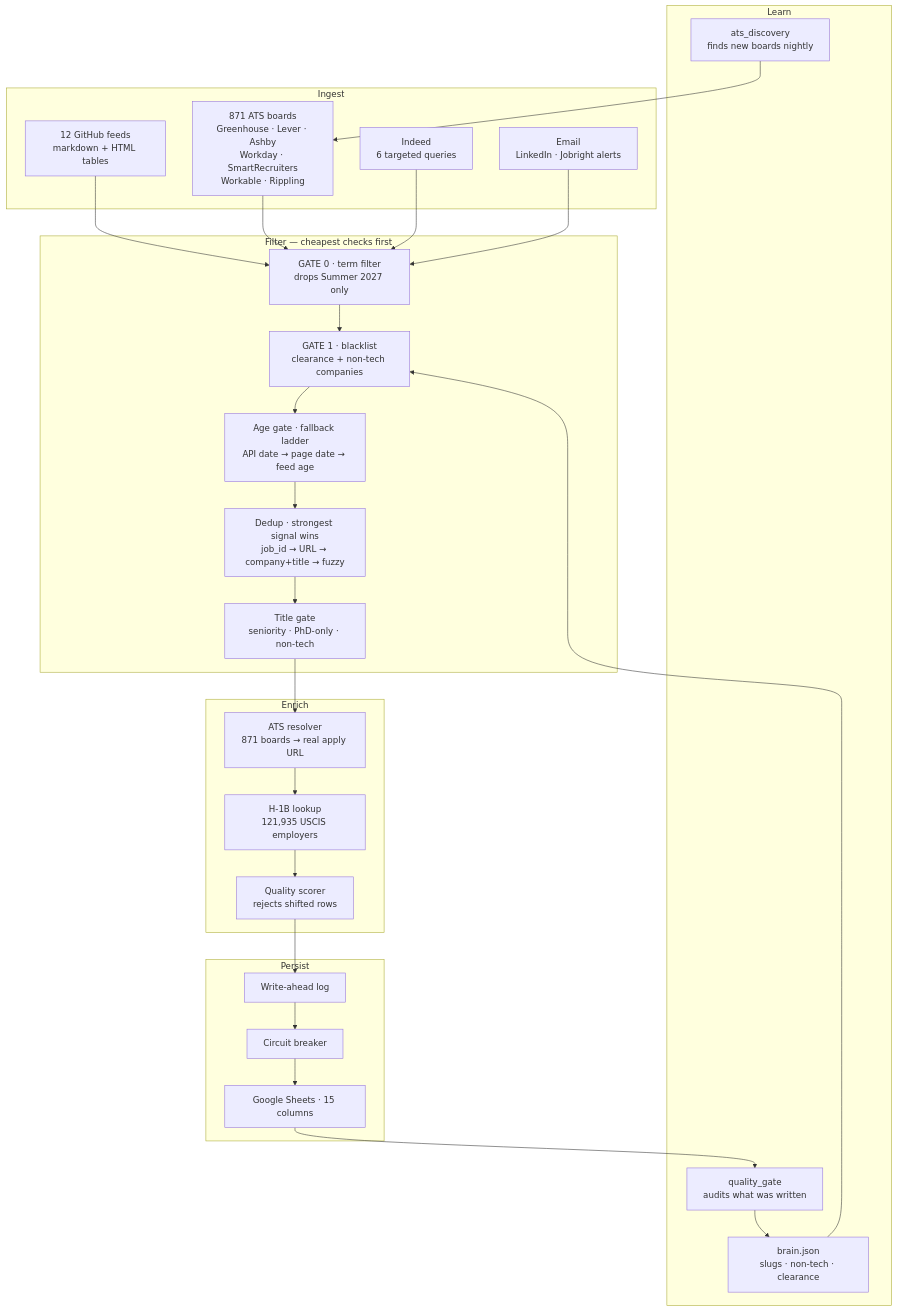
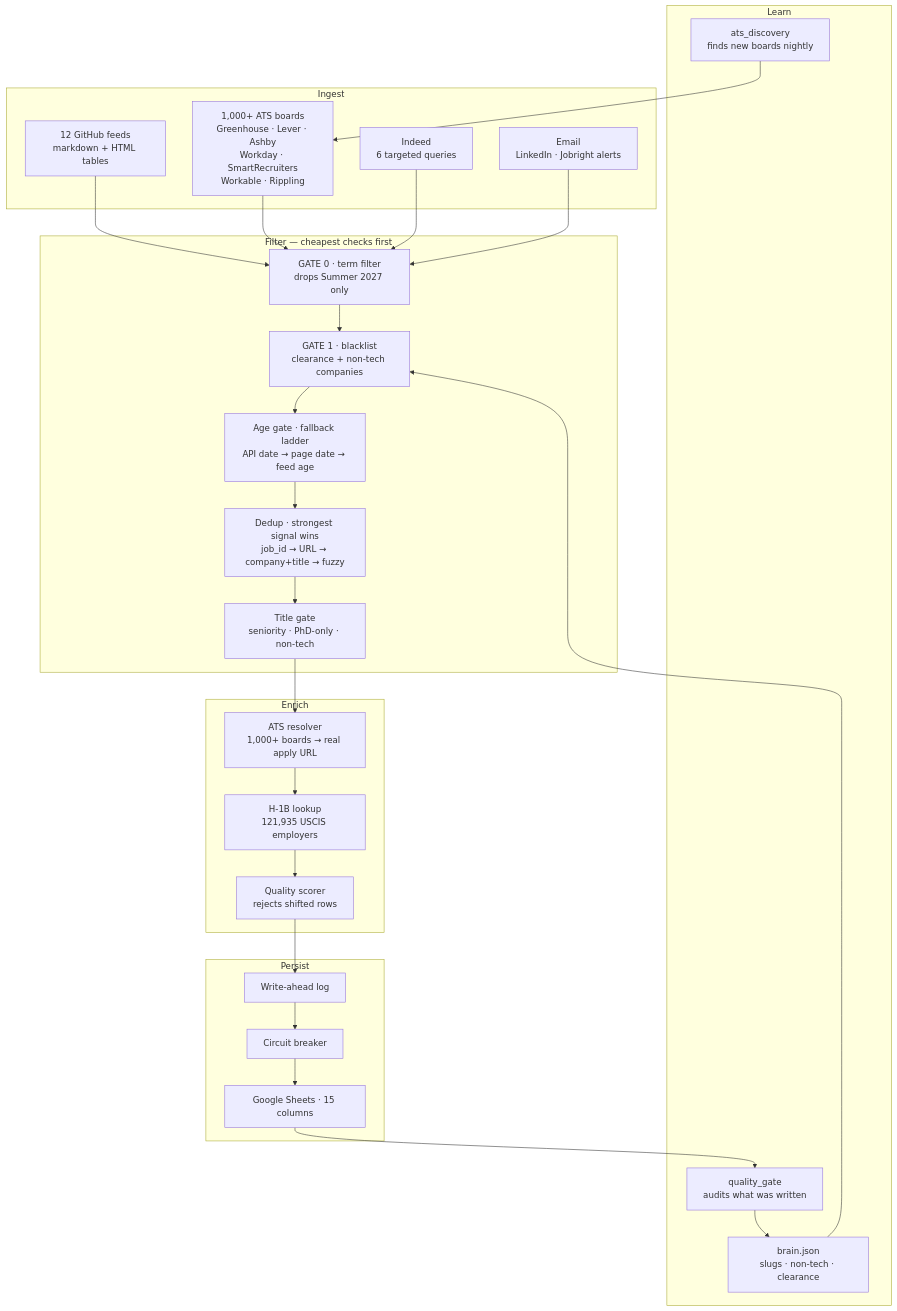
Before and after one commit to prasad0411/job-market-intelligence: the first of 2 diagrams in README.md, drawn with Mermaid. The commit also changed other lines of this file and 1 other file, not shown here.

````diff
--- a/README.md
+++ b/README.md
@@ -42,40 +42,40 @@
 ```mermaid
 flowchart TD
     subgraph INGEST["Ingest"]
         A1["12 GitHub feeds<br/>markdown + HTML tables"]
-        A2["871 ATS boards<br/>Greenhouse · Lever · Ashby<br/>Workday · SmartRecruiters<br/>Workable · Rippling"]
+        A2["1,000+ ATS boards<br/>Greenhouse · Lever · Ashby<br/>Workday · SmartRecruiters<br/>Workable · Rippling"]
         A3["Indeed<br/>6 targeted queries"]
         A4["Email<br/>LinkedIn · Jobright alerts"]
     end
 
     subgraph GATE["Filter — cheapest checks first"]
         B1["GATE 0 · term filter<br/>drops Summer 2027 only"]
         B2["GATE 1 · blacklist<br/>clearance + non-tech companies"]
         B3["Age gate · fallback ladder<br/>API date → page date → feed age"]
         B4["Dedup · strongest signal wins<br/>job_id → URL → company+title → fuzzy"]
         B5["Title gate<br/>seniority · PhD-only · non-tech"]
     end
 
     subgraph ENRICH["Enrich"]
-        C1["ATS resolver<br/>871 boards → real apply URL"]
+        C1["ATS resolver<br/>1,000+ boards → real apply URL"]
         C2["H-1B lookup<br/>121,935 USCIS employers"]
         C3["Quality scorer<br/>rejects shifted rows"]
     end
 
     subgraph WRITE["Persist"]
         D1["Write-ahead log"]
         D2["Circuit breaker"]
         D3["Google Sheets · 15 columns"]
     end
 
     subgraph LEARN["Learn"]
         E1["quality_gate<br/>audits what was written"]
         E2["brain.json<br/>slugs · non-tech · clearance"]
         E3["ats_discovery<br/>finds new boards nightly"]
     end
 
     A1 & A2 & A3 & A4 --> B1 --> B2 --> B3 --> B4 --> B5
     B5 --> C1 --> C2 --> C3 --> D1 --> D2 --> D3
     D3 --> E1 --> E2 --> B2
     E3 --> A2
 ```
````
